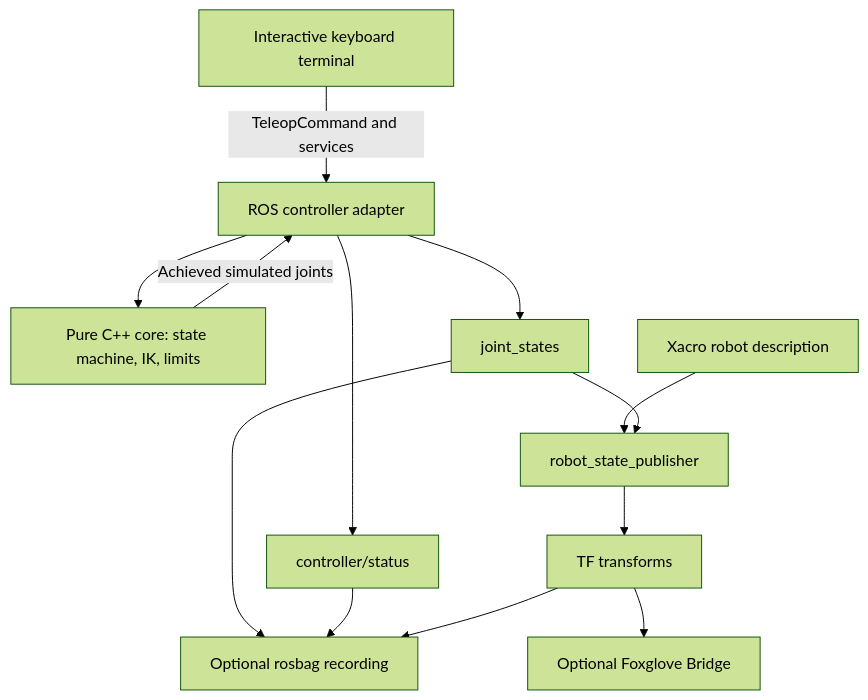
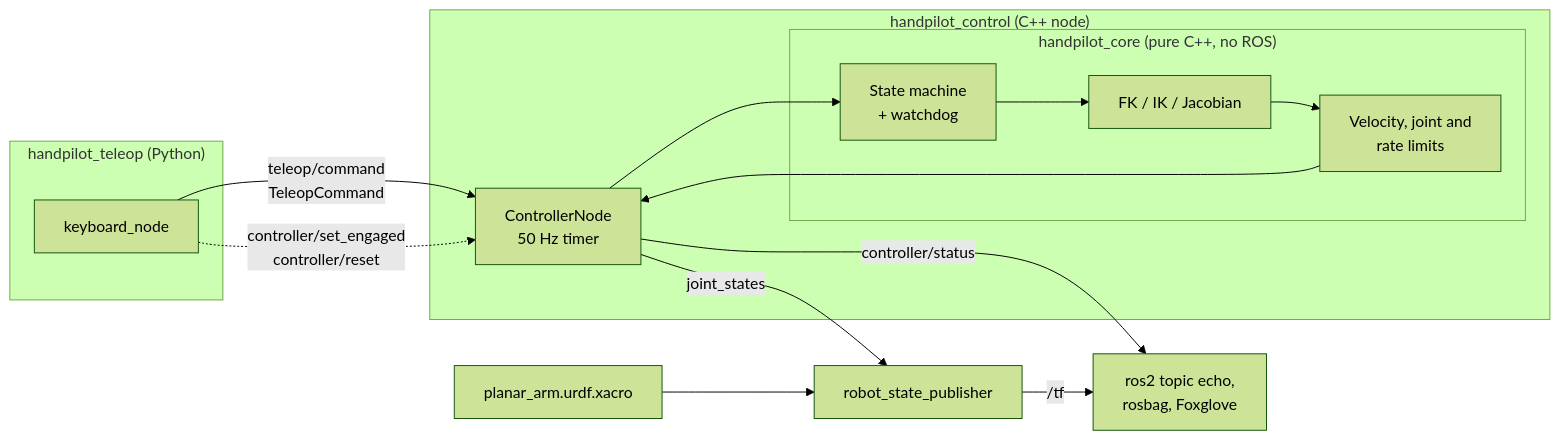
The first of 3 diagrams in README.md (SahilMalwanker/handpilot), drawn with Mermaid (forest theme) before and after one commit. The commit also changed other lines of this file and 13 other files, not shown here.

````diff
--- a/README.md
+++ b/README.md
@@ -15,15 +45,21 @@
 ```mermaid
-flowchart TB
-  Keyboard[Interactive keyboard terminal] -->|TeleopCommand and services| Controller[ROS controller adapter]
-  Controller --> Core[Pure C++ core: state machine, IK, limits]
-  Core -->|Achieved simulated joints| Controller
-  Controller --> Joints[joint_states]
-  Controller --> Status[controller/status]
-  Model[Xacro robot description] --> RSP[robot_state_publisher]
-  Joints --> RSP
-  RSP --> TF[TF transforms]
-  Joints --> Bag[Optional rosbag recording]
-  Status --> Bag
-  TF --> Bag
-  TF --> Viewer[Optional Foxglove Bridge]
+flowchart LR
+  subgraph teleop["handpilot_teleop (Python)"]
+    K[keyboard_node]
+  end
+  subgraph control["handpilot_control (C++ node)"]
+    N[ControllerNode<br/>50 Hz timer]
+    subgraph core["handpilot_core (pure C++, no ROS)"]
+      SM[State machine<br/>+ watchdog]
+      IK[FK / IK / Jacobian]
+      LIM[Velocity, joint and<br/>rate limits]
+    end
+  end
+  K -- "teleop/command<br/>TeleopCommand" --> N
+  K -. "controller/set_engaged<br/>controller/reset" .-> N
+  N --> SM --> IK --> LIM --> N
+  N -- joint_states --> RSP[robot_state_publisher]
+  N -- controller/status --> OBS[ros2 topic echo,<br/>rosbag, Foxglove]
+  URDF[planar_arm.urdf.xacro] --> RSP
+  RSP -- /tf --> OBS
 ```
````
